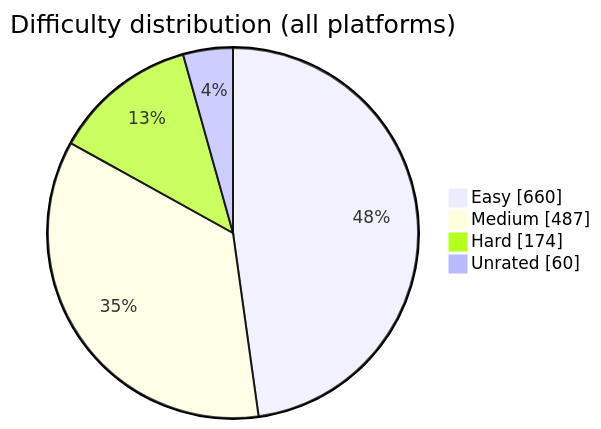
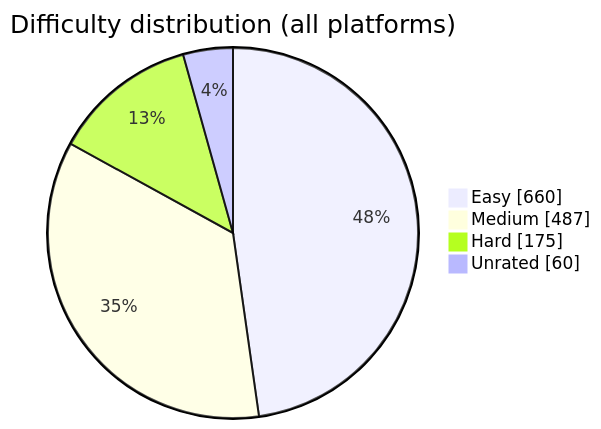
Before and after one commit to BuildbyArindam/Daily-Coding-Log: the diagram in README.md, drawn with Mermaid. The commit also changed other lines of this file, not shown here.

````diff
--- a/README.md
+++ b/README.md
@@ -93,7 +93,7 @@
 ```mermaid
 pie showData title Difficulty distribution (all platforms)
     "Easy" : 660
     "Medium" : 487
-    "Hard" : 174
+    "Hard" : 175
     "Unrated" : 60
 ```
````
